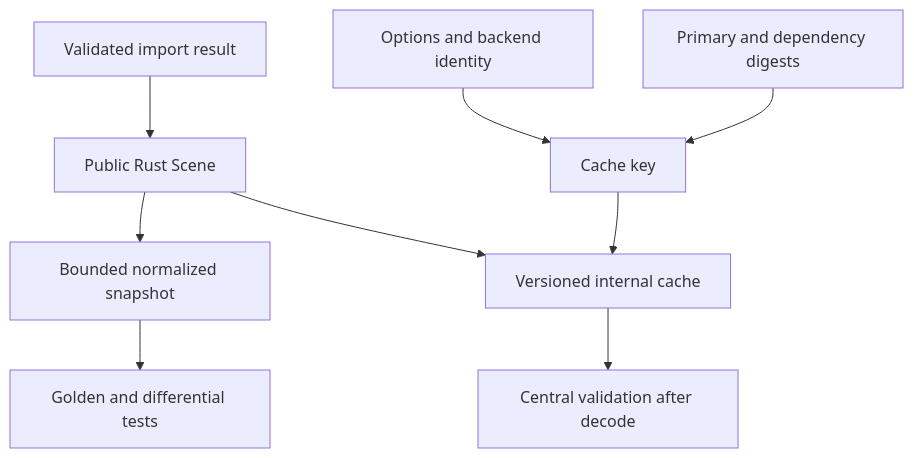
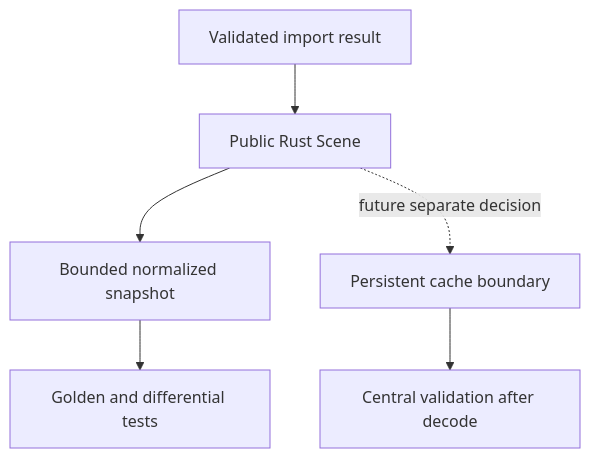
Before and after one commit to Latias94/baozi: the diagram in docs/adr/0017-serialization-snapshot-and-cache-boundary.md, drawn with Mermaid. The commit also changed other lines of this file and 15 other files, not shown here.

````diff
--- a/docs/adr/0017-serialization-snapshot-and-cache-boundary.md
+++ b/docs/adr/0017-serialization-snapshot-and-cache-boundary.md
@@ -55,11 +61,8 @@
 ```mermaid
 flowchart TD
     Import[Validated import result] --> Scene[Public Rust Scene]
     Scene --> Snapshot[Bounded normalized snapshot]
-    Scene --> Cache[Versioned internal cache]
-    Options[Options and backend identity] --> CacheKey[Cache key]
-    Sources[Primary and dependency digests] --> CacheKey
-    CacheKey --> Cache
+    Scene -. future separate decision .-> Cache[Persistent cache boundary]
     Snapshot --> Tests[Golden and differential tests]
     Cache --> Validate[Central validation after decode]
 ```
````
